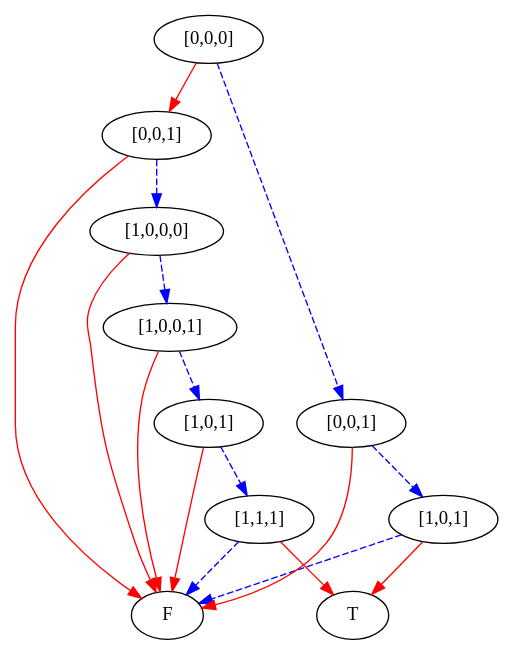
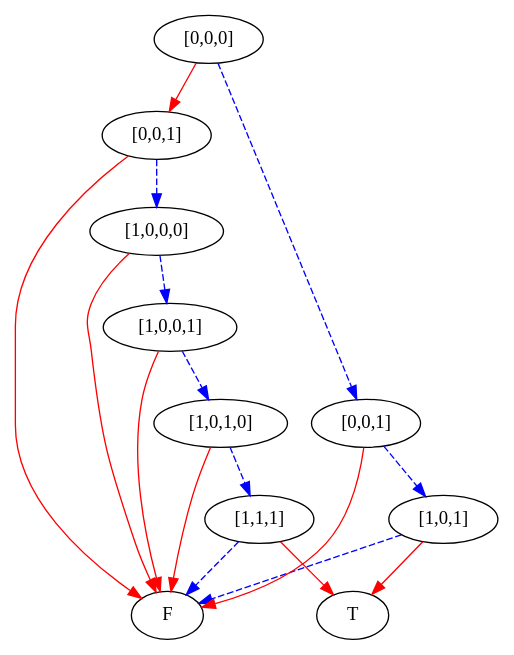
One commit to mburyakov/minxmod changed the diagram in simpleProgram5bstates/1.dot. Above: the diagram before and after it, drawn with Graphviz. The commit also changed 21 other files, not shown here.

```diff
--- a/simpleProgram5bstates/1.dot
+++ b/simpleProgram5bstates/1.dot
@@ -1,36 +1,36 @@
 digraph {
     1 [label=F];
     2 [label=T];
     3 [label="[1,1,1]"];
-    4 [label="[1,0,1]"];
+    4 [label="[1,0,1,0]"];
     5 [label="[1,0,0,1]"];
     6 [label="[1,0,0,0]"];
     7 [label="[0,0,1]"];
     8 [label="[1,0,1]"];
     9 [label="[0,0,1]"];
     10 [label="[0,0,0]"];
     3 -> 1 [style=dashed
            ,color=blue];
     3 -> 2 [color=red];
     4 -> 3 [style=dashed
            ,color=blue];
     4 -> 1 [color=red];
     5 -> 4 [style=dashed
            ,color=blue];
     5 -> 1 [color=red];
     6 -> 5 [style=dashed
            ,color=blue];
     6 -> 1 [color=red];
     7 -> 6 [style=dashed
            ,color=blue];
     7 -> 1 [color=red];
     8 -> 1 [style=dashed
            ,color=blue];
     8 -> 2 [color=red];
     9 -> 8 [style=dashed
            ,color=blue];
     9 -> 1 [color=red];
     10 -> 7 [color=red];
     10 -> 9 [style=dashed
             ,color=blue];
 }
```
